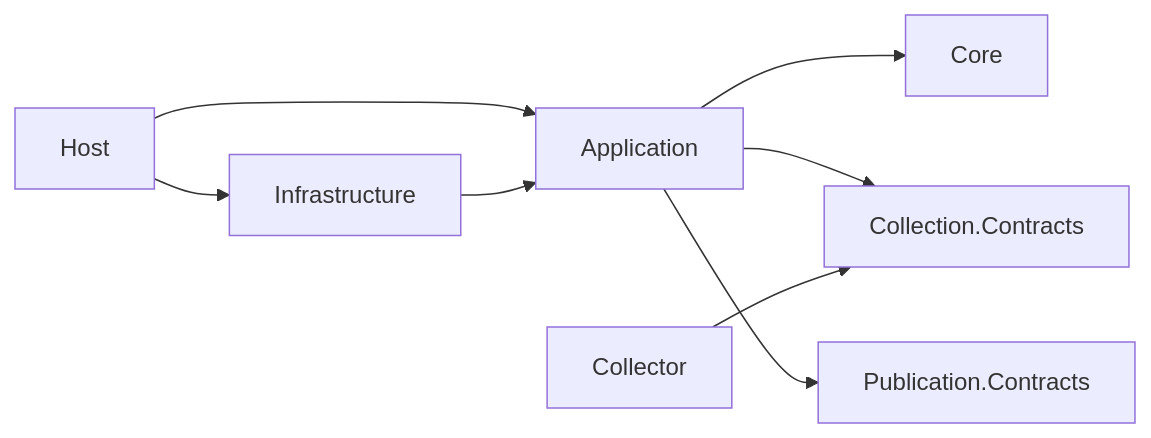
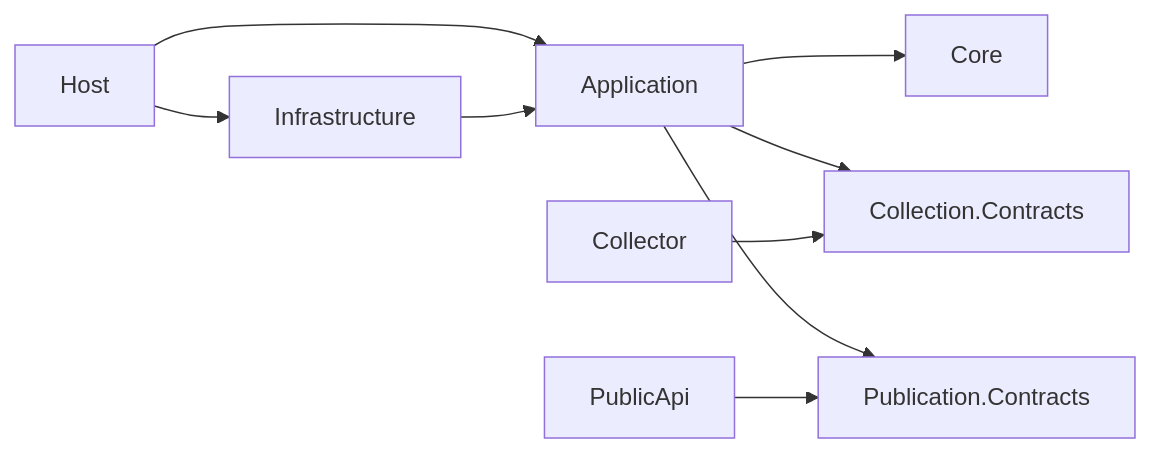
One commit to young-kobe/civic-lens changed the second of 2 diagrams in docs/architecture.md. Above: the diagram before and after it, drawn with Mermaid. The commit also changed other lines of this file and 6 other files, not shown here.

````diff
--- a/docs/architecture.md
+++ b/docs/architecture.md
@@ -98,17 +99,19 @@
 ```mermaid
 flowchart LR
     host["Host"]
     infra["Infrastructure"]
     app["Application"]
     core["Core"]
     cc["Collection.Contracts"]
     pc["Publication.Contracts"]
+    api["PublicApi"]
     collector["Collector"]
     host --> app
     host --> infra
     infra --> app
     app --> core
     app --> cc
     app --> pc
     collector --> cc
+    api --> pc
 ```
````
